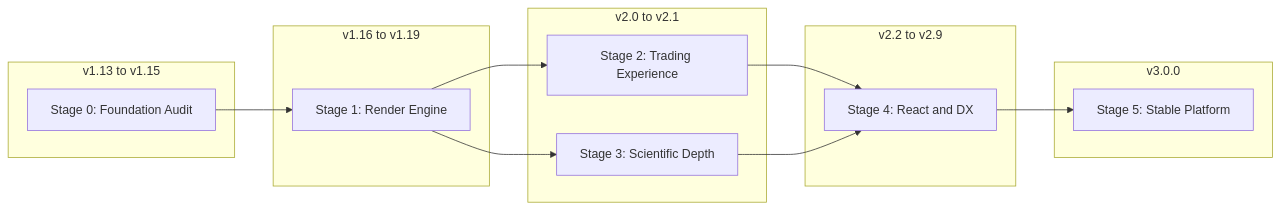
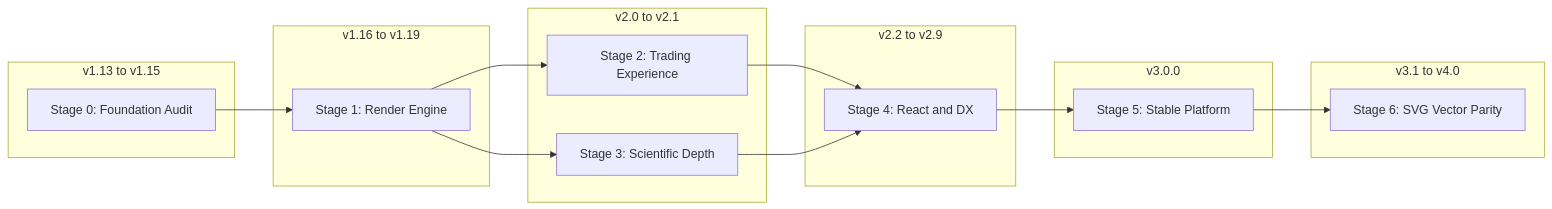
One commit to jigonzalez930209/velo-plot changed the diagram in docs/roadmap/README.md. Above: the diagram before and after it, drawn with Mermaid. The commit also changed other lines of this file and 3 other files, not shown here.

First line of the commit message:
docs: Update PluginSnapshot and roadmap for SVG export enhancements

````diff
--- a/docs/roadmap/README.md
+++ b/docs/roadmap/README.md
@@ -46,25 +46,29 @@
 ```mermaid
 flowchart LR
   subgraph v1x [v1.13 to v1.15]
     S0[Stage 0: Foundation Audit]
   end
   subgraph v1x_perf [v1.16 to v1.19]
     S1[Stage 1: Render Engine]
   end
   subgraph v2x [v2.0 to v2.1]
     S2[Stage 2: Trading Experience]
     S3[Stage 3: Scientific Depth]
   end
   subgraph v2x_dx [v2.2 to v2.9]
     S4[Stage 4: React and DX]
   end
   subgraph v3 [v3.0.0]
     S5[Stage 5: Stable Platform]
   end
+  subgraph v4 [v3.1 to v4.0]
+    S6[Stage 6: SVG Vector Parity]
+  end
   S0 --> S1
   S1 --> S2
   S1 --> S3
   S2 --> S4
   S3 --> S4
   S4 --> S5
+  S5 --> S6
 ```
````
